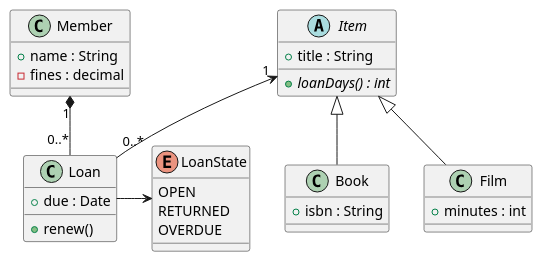
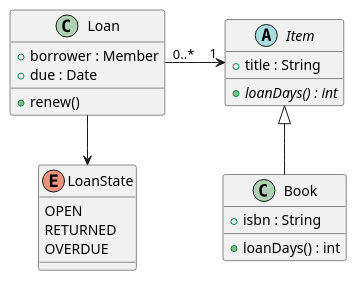
One commit to demaconsulting/CanvasNet changed the diagram in docs/images/plantuml/class.puml. Above: the diagram before and after it, drawn with PlantUML. The commit also changed 16 other files, not shown here.

First line of the commit message:
Polish the PlantUML README images after visual review

```diff
--- a/docs/images/plantuml/class.puml
+++ b/docs/images/plantuml/class.puml
@@ -1,31 +1,25 @@
 @startuml
+skinparam nodesep 60
 skinparam ranksep 50
 abstract class Item {
   +title : String
   {abstract} +loanDays() : int
 }
-class Member {
-  +name : String
-  -fines : decimal
-}
 class Loan {
+  +borrower : Member
   +due : Date
   +renew()
 }
 class Book {
   +isbn : String
-}
-class Film {
-  +minutes : int
+  +loanDays() : int
 }
 enum LoanState {
   OPEN
   RETURNED
   OVERDUE
 }
-Member "1" *-- "0..*" Loan
-Item "1" <-- "0..*" Loan
+Loan "0..*" -right-> "1" Item
+Loan --> LoanState
 Item <|-- Book
-Item <|-- Film
-Loan -right-> LoanState
 @enduml
```
